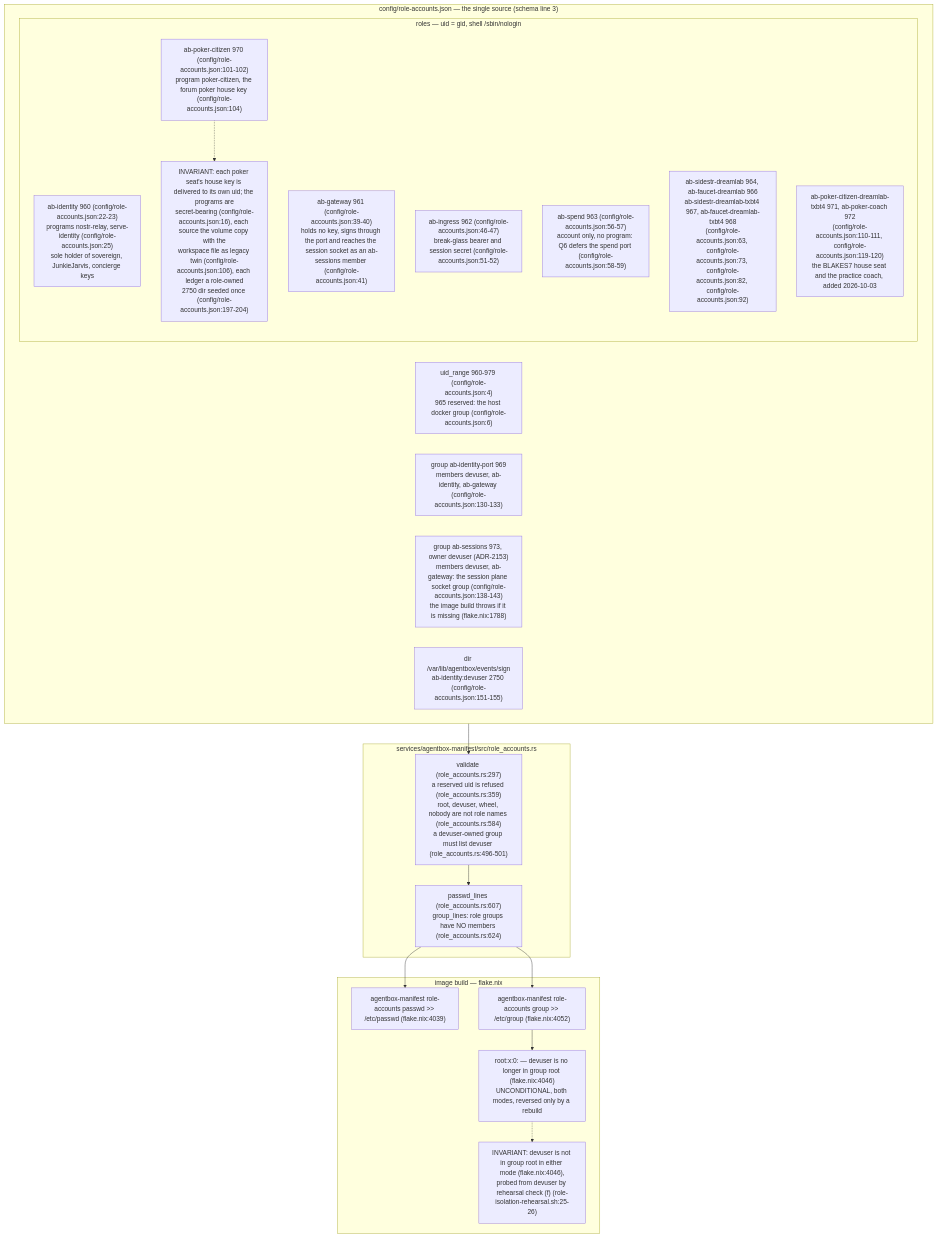
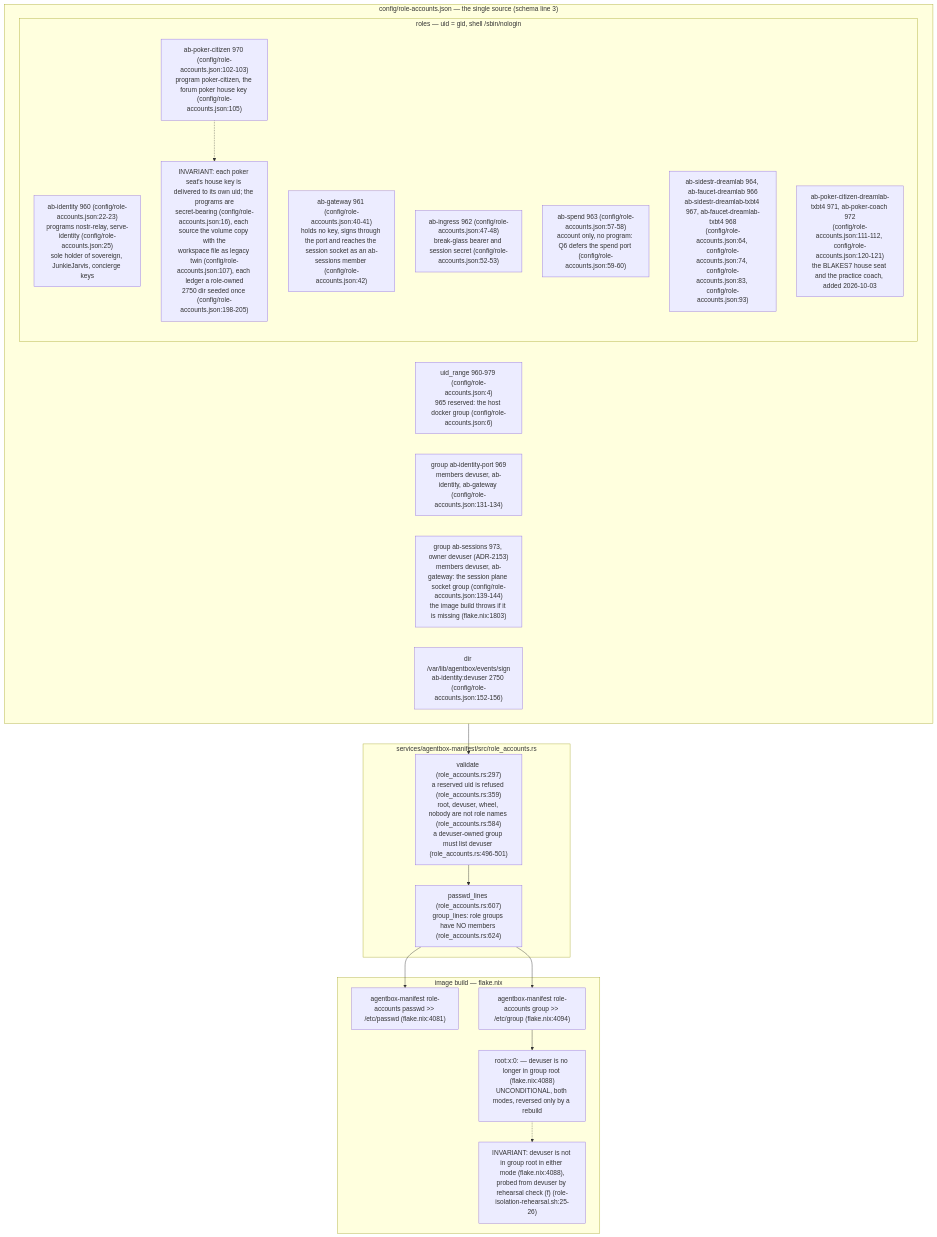
Before and after one commit to DreamLab-AI/VisionFlow: the first of 7 diagrams in docs/diagrams/agentbox/36-role-isolation-and-identity-port.md, drawn with Mermaid. The commit also changed other lines of this file and 36 other files, not shown here.

First line of the commit message:
docs(diagrams): re-derive and re-stamp agentbox, dream-engine, visioncraft, visiontouch and vowl topics; drop LAN addresses

````diff
--- a/docs/diagrams/agentbox/36-role-isolation-and-identity-port.md
+++ b/docs/diagrams/agentbox/36-role-isolation-and-identity-port.md
@@ -48,33 +53,33 @@
 ```mermaid
 flowchart TB
     subgraph TABLE["config/role-accounts.json — the single source (schema line 3)"]
         RANGE["uid_range 960-979 (config/role-accounts.json:4)<br/>965 reserved: the host docker group (config/role-accounts.json:6)"]
         subgraph ROLES["roles — uid = gid, shell /sbin/nologin"]
             ID["ab-identity 960 (config/role-accounts.json:22-23)<br/>programs nostr-relay, serve-identity (config/role-accounts.json:25)<br/>sole holder of sovereign, JunkieJarvis, concierge keys"]
-            GW["ab-gateway 961 (config/role-accounts.json:39-40)<br/>holds no key, signs through the port and reaches the session socket as an ab-sessions member (config/role-accounts.json:41)"]
-            IN["ab-ingress 962 (config/role-accounts.json:46-47)<br/>break-glass bearer and session secret (config/role-accounts.json:51-52)"]
-            SP["ab-spend 963 (config/role-accounts.json:56-57)<br/>account only, no program: Q6 defers the spend port (config/role-accounts.json:58-59)"]
-            CH["ab-sidestr-dreamlab 964, ab-faucet-dreamlab 966<br/>ab-sidestr-dreamlab-txbt4 967, ab-faucet-dreamlab-txbt4 968<br/>(config/role-accounts.json:63, config/role-accounts.json:73, config/role-accounts.json:82, config/role-accounts.json:92)"]
-            PK["ab-poker-citizen 970 (config/role-accounts.json:101-102)<br/>program poker-citizen, the forum poker house key (config/role-accounts.json:104)"]
-            PK2["ab-poker-citizen-dreamlab-txbt4 971, ab-poker-coach 972<br/>(config/role-accounts.json:110-111, config/role-accounts.json:119-120)<br/>the BLAKES7 house seat and the practice coach, added 2026-10-03"]
-            PK -.-> N2["INVARIANT: each poker seat's house key is delivered to its own uid; the programs are<br/>secret-bearing (config/role-accounts.json:16), each source the volume copy with the<br/>workspace file as legacy twin (config/role-accounts.json:106), each ledger a role-owned<br/>2750 dir seeded once (config/role-accounts.json:197-204)"]
+            GW["ab-gateway 961 (config/role-accounts.json:40-41)<br/>holds no key, signs through the port and reaches the session socket as an ab-sessions member (config/role-accounts.json:42)"]
+            IN["ab-ingress 962 (config/role-accounts.json:47-48)<br/>break-glass bearer and session secret (config/role-accounts.json:52-53)"]
+            SP["ab-spend 963 (config/role-accounts.json:57-58)<br/>account only, no program: Q6 defers the spend port (config/role-accounts.json:59-60)"]
+            CH["ab-sidestr-dreamlab 964, ab-faucet-dreamlab 966<br/>ab-sidestr-dreamlab-txbt4 967, ab-faucet-dreamlab-txbt4 968<br/>(config/role-accounts.json:64, config/role-accounts.json:74, config/role-accounts.json:83, config/role-accounts.json:93)"]
+            PK["ab-poker-citizen 970 (config/role-accounts.json:102-103)<br/>program poker-citizen, the forum poker house key (config/role-accounts.json:105)"]
+            PK2["ab-poker-citizen-dreamlab-txbt4 971, ab-poker-coach 972<br/>(config/role-accounts.json:111-112, config/role-accounts.json:120-121)<br/>the BLAKES7 house seat and the practice coach, added 2026-10-03"]
+            PK -.-> N2["INVARIANT: each poker seat's house key is delivered to its own uid; the programs are<br/>secret-bearing (config/role-accounts.json:16), each source the volume copy with the<br/>workspace file as legacy twin (config/role-accounts.json:107), each ledger a role-owned<br/>2750 dir seeded once (config/role-accounts.json:198-205)"]
         end
-        GRP["group ab-identity-port 969<br/>members devuser, ab-identity, ab-gateway (config/role-accounts.json:130-133)"]
-        GRP2["group ab-sessions 973, owner devuser (ADR-2153)<br/>members devuser, ab-gateway: the session plane socket group (config/role-accounts.json:138-143)<br/>the image build throws if it is missing (flake.nix:1788)"]
-        DIR["dir /var/lib/agentbox/events/sign<br/>ab-identity:devuser 2750 (config/role-accounts.json:151-155)"]
+        GRP["group ab-identity-port 969<br/>members devuser, ab-identity, ab-gateway (config/role-accounts.json:131-134)"]
+        GRP2["group ab-sessions 973, owner devuser (ADR-2153)<br/>members devuser, ab-gateway: the session plane socket group (config/role-accounts.json:139-144)<br/>the image build throws if it is missing (flake.nix:1803)"]
+        DIR["dir /var/lib/agentbox/events/sign<br/>ab-identity:devuser 2750 (config/role-accounts.json:152-156)"]
     end
     subgraph BUILD["image build — flake.nix"]
-        PW["agentbox-manifest role-accounts passwd >> /etc/passwd (flake.nix:4039)"]
-        GR["agentbox-manifest role-accounts group >> /etc/group (flake.nix:4052)"]
-        ROOTG["root:x:0: — devuser is no longer in group root (flake.nix:4046)<br/>UNCONDITIONAL, both modes, reversed only by a rebuild"]
-        ROOTG -.-> N1["INVARIANT: devuser is not in group root in either mode (flake.nix:4046),<br/>probed from devuser by rehearsal check (f) (role-isolation-rehearsal.sh:25-26)"]
+        PW["agentbox-manifest role-accounts passwd >> /etc/passwd (flake.nix:4081)"]
+        GR["agentbox-manifest role-accounts group >> /etc/group (flake.nix:4094)"]
+        ROOTG["root:x:0: — devuser is no longer in group root (flake.nix:4088)<br/>UNCONDITIONAL, both modes, reversed only by a rebuild"]
+        ROOTG -.-> N1["INVARIANT: devuser is not in group root in either mode (flake.nix:4088),<br/>probed from devuser by rehearsal check (f) (role-isolation-rehearsal.sh:25-26)"]
     end
     subgraph RUST["services/agentbox-manifest/src/role_accounts.rs"]
         VAL["validate (role_accounts.rs:297)<br/>a reserved uid is refused (role_accounts.rs:359)<br/>root, devuser, wheel, nobody are not role names (role_accounts.rs:584)<br/>a devuser-owned group must list devuser (role_accounts.rs:496-501)"]
         LINES["passwd_lines (role_accounts.rs:607)<br/>group_lines: role groups have NO members (role_accounts.rs:624)"]
     end
     TABLE --> VAL --> LINES
     LINES --> PW
     LINES --> GR
     GR --> ROOTG
 ```
````
